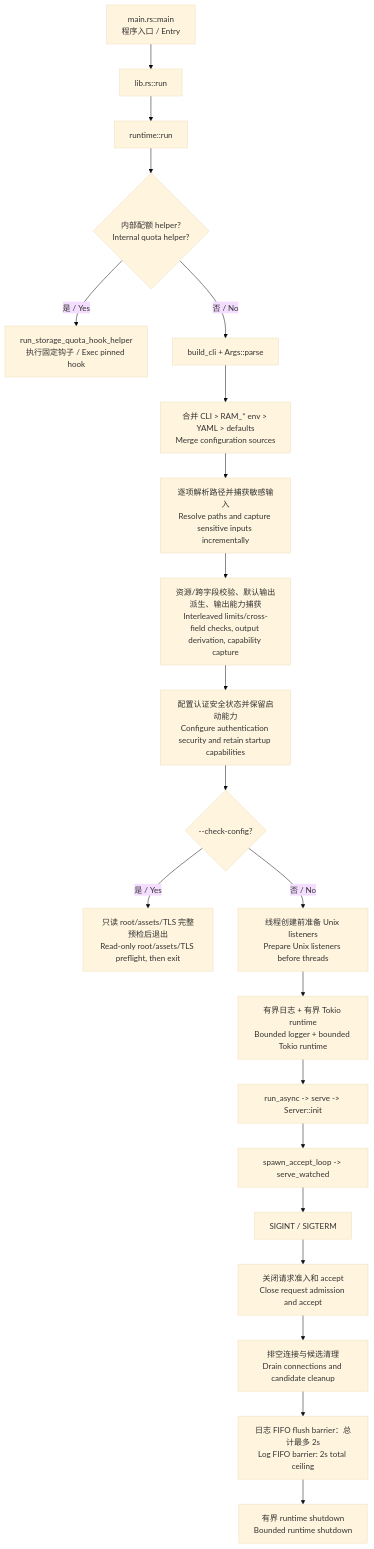
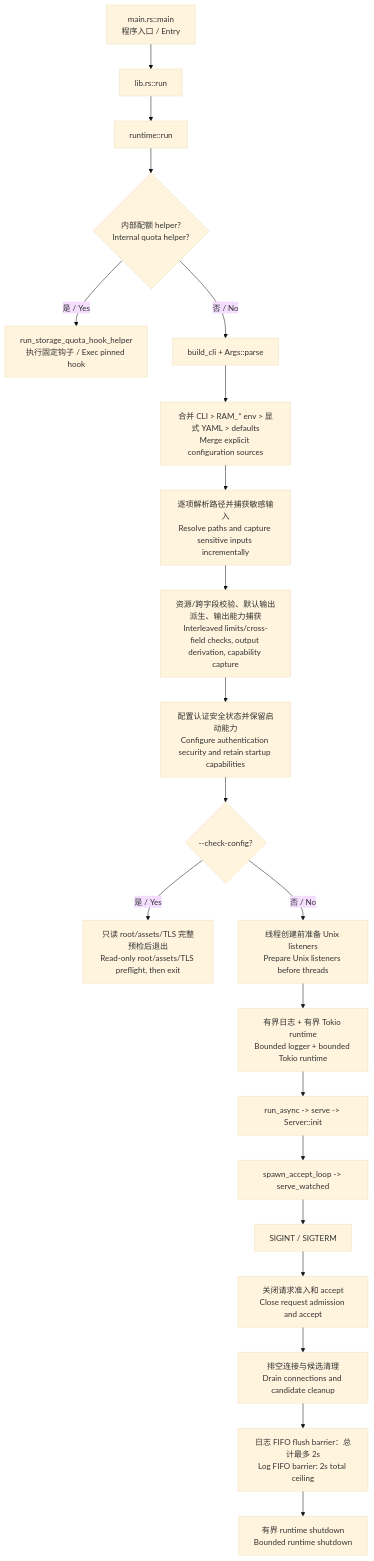
The first of 11 diagrams in docs/CODE_FLOW.md (isarmg/ram), drawn with Mermaid (base theme) before and after one commit. The commit also changed other lines of this file and 83 other files, not shown here.

````diff
--- a/docs/CODE_FLOW.md
+++ b/docs/CODE_FLOW.md
@@ -46,23 +46,23 @@
 ```mermaid
 flowchart TD
   A["main.rs::main<br/>程序入口 / Entry"] --> B["lib.rs::run"]
   B --> C["runtime::run"]
   C --> D{"内部配额 helper?<br/>Internal quota helper?"}
   D -- "是 / Yes" --> E["run_storage_quota_hook_helper<br/>执行固定钩子 / Exec pinned hook"]
   D -- "否 / No" --> F["build_cli + Args::parse"]
-  F --> G["合并 CLI > RAM_* env > YAML > defaults<br/>Merge configuration sources"]
+  F --> G["合并 CLI > RAM_* env > 显式 YAML > defaults<br/>Merge explicit configuration sources"]
   G --> H["逐项解析路径并捕获敏感输入<br/>Resolve paths and capture sensitive inputs incrementally"]
   H --> I["资源/跨字段校验、默认输出派生、输出能力捕获<br/>Interleaved limits/cross-field checks, output derivation, capability capture"]
   I --> I2["配置认证安全状态并保留启动能力<br/>Configure authentication security and retain startup capabilities"]
   I2 --> J{"--check-config?"}
   J -- "是 / Yes" --> K["只读 root/assets/TLS 完整预检后退出<br/>Read-only root/assets/TLS preflight, then exit"]
   J -- "否 / No" --> L["线程创建前准备 Unix listeners<br/>Prepare Unix listeners before threads"]
   L --> M["有界日志 + 有界 Tokio runtime<br/>Bounded logger + bounded Tokio runtime"]
   M --> N["run_async -> serve -> Server::init"]
   N --> O["spawn_accept_loop -> serve_watched"]
   O --> P["SIGINT / SIGTERM"]
   P --> Q["关闭请求准入和 accept<br/>Close request admission and accept"]
   Q --> R["排空连接与候选清理<br/>Drain connections and candidate cleanup"]
   R --> R2["日志 FIFO flush barrier：总计最多 2s<br/>Log FIFO barrier: 2s total ceiling"]
   R2 --> S["有界 runtime shutdown<br/>Bounded runtime shutdown"]
 ```
````
